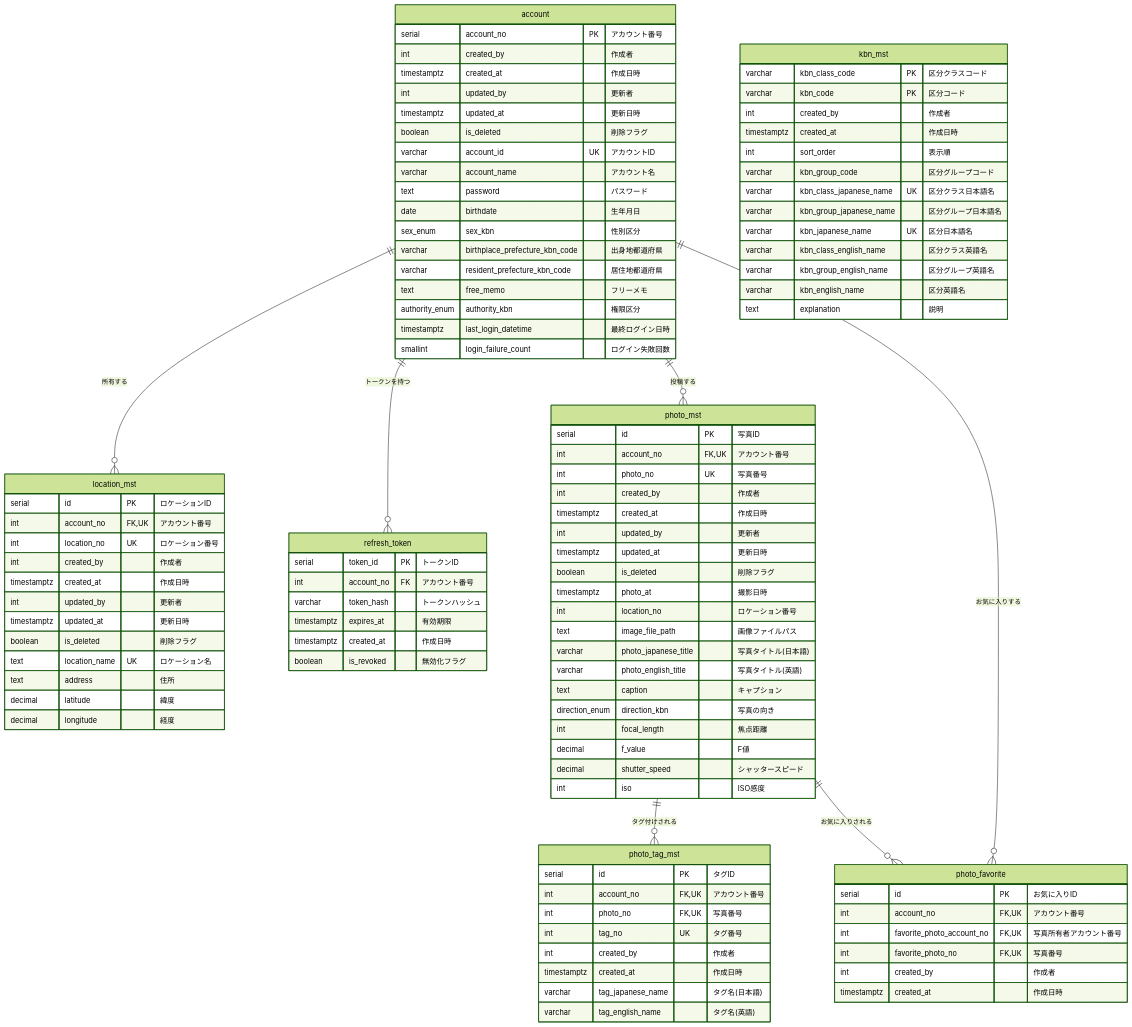
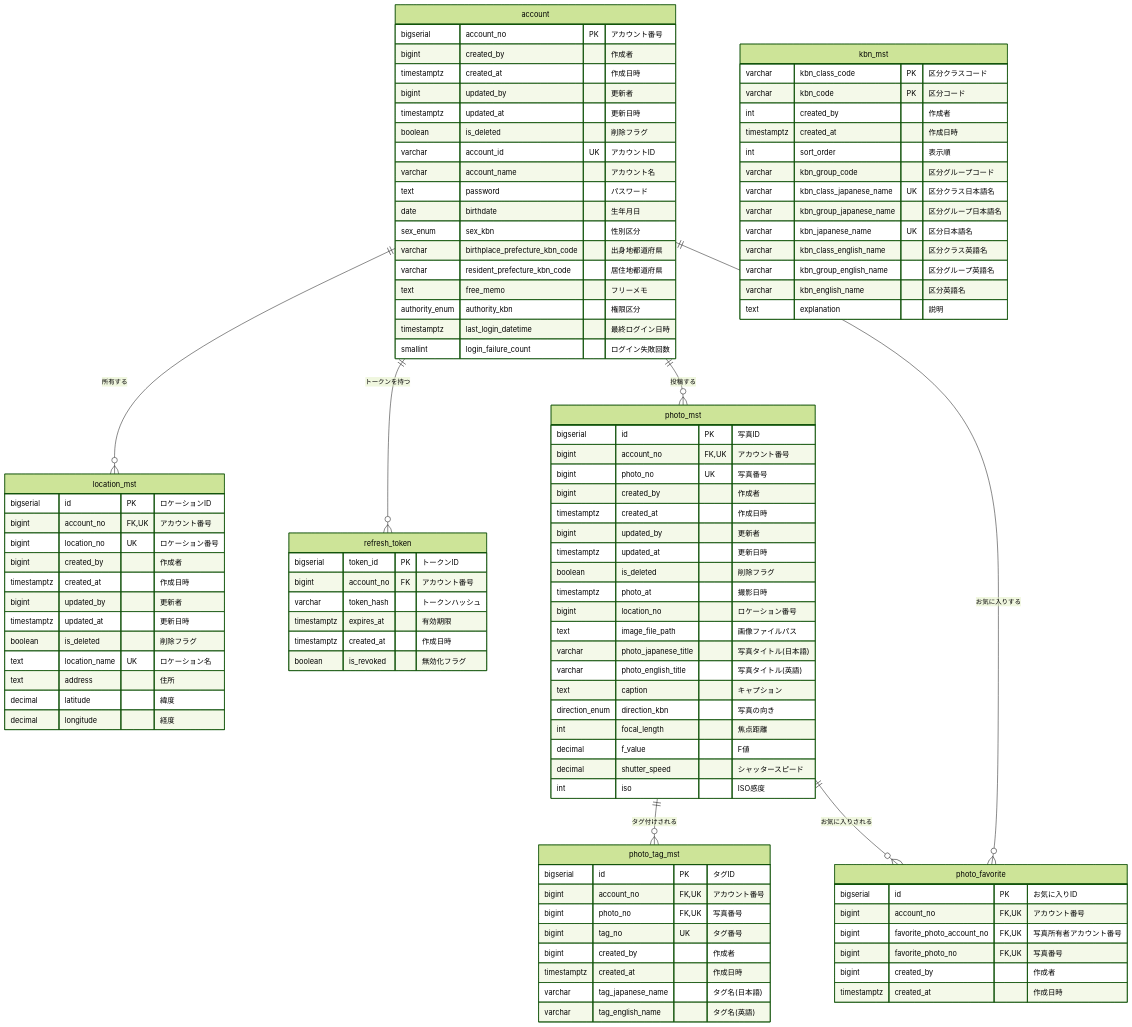
The first of 3 diagrams in doc/database/er-diagram.md (KentoKodama214/WebGallery), drawn with Mermaid (forest theme) before and after one commit. The commit also changed other lines of this file and 2 other files, not shown here.

Commit message:
データベースドキュメントのserial→bigserial、int→bigint変更を反映

```diff
--- a/doc/database/er-diagram.md
+++ b/doc/database/er-diagram.md
@@ -7,10 +7,10 @@
     %% ========== common スキーマ ==========
 
     account {
-        serial account_no PK "アカウント番号"
-        int created_by "作成者"
+        bigserial account_no PK "アカウント番号"
+        bigint created_by "作成者"
         timestamptz created_at "作成日時"
-        int updated_by "更新者"
+        bigint updated_by "更新者"
         timestamptz updated_at "更新日時"
         boolean is_deleted "削除フラグ"
         varchar account_id UK "アカウントID"
@@ -43,12 +43,12 @@
     }
 
     location_mst {
-        serial id PK "ロケーションID"
-        int account_no FK,UK "アカウント番号"
-        int location_no UK "ロケーション番号"
-        int created_by "作成者"
+        bigserial id PK "ロケーションID"
+        bigint account_no FK,UK "アカウント番号"
+        bigint location_no UK "ロケーション番号"
+        bigint created_by "作成者"
         timestamptz created_at "作成日時"
-        int updated_by "更新者"
+        bigint updated_by "更新者"
         timestamptz updated_at "更新日時"
         boolean is_deleted "削除フラグ"
         text location_name UK "ロケーション名"
@@ -58,8 +58,8 @@
     }
 
     refresh_token {
-        serial token_id PK "トークンID"
-        int account_no FK "アカウント番号"
+        bigserial token_id PK "トークンID"
+        bigint account_no FK "アカウント番号"
         varchar token_hash "トークンハッシュ"
         timestamptz expires_at "有効期限"
         timestamptz created_at "作成日時"
@@ -69,16 +69,16 @@
     %% ========== photo スキーマ ==========
 
     photo_mst {
-        serial id PK "写真ID"
-        int account_no FK,UK "アカウント番号"
-        int photo_no UK "写真番号"
-        int created_by "作成者"
+        bigserial id PK "写真ID"
+        bigint account_no FK,UK "アカウント番号"
+        bigint photo_no UK "写真番号"
+        bigint created_by "作成者"
         timestamptz created_at "作成日時"
-        int updated_by "更新者"
+        bigint updated_by "更新者"
         timestamptz updated_at "更新日時"
         boolean is_deleted "削除フラグ"
         timestamptz photo_at "撮影日時"
-        int location_no "ロケーション番号"
+        bigint location_no "ロケーション番号"
         text image_file_path "画像ファイルパス"
         varchar photo_japanese_title "写真タイトル(日本語)"
         varchar photo_english_title "写真タイトル(英語)"
@@ -91,22 +91,22 @@
     }
 
     photo_tag_mst {
-        serial id PK "タグID"
-        int account_no FK,UK "アカウント番号"
-        int photo_no FK,UK "写真番号"
-        int tag_no UK "タグ番号"
-        int created_by "作成者"
+        bigserial id PK "タグID"
+        bigint account_no FK,UK "アカウント番号"
+        bigint photo_no FK,UK "写真番号"
+        bigint tag_no UK "タグ番号"
+        bigint created_by "作成者"
         timestamptz created_at "作成日時"
         varchar tag_japanese_name "タグ名(日本語)"
         varchar tag_english_name "タグ名(英語)"
     }
 
     photo_favorite {
-        serial id PK "お気に入りID"
-        int account_no FK,UK "アカウント番号"
-        int favorite_photo_account_no FK,UK "写真所有者アカウント番号"
-        int favorite_photo_no FK,UK "写真番号"
-        int created_by "作成者"
+        bigserial id PK "お気に入りID"
+        bigint account_no FK,UK "アカウント番号"
+        bigint favorite_photo_account_no FK,UK "写真所有者アカウント番号"
+        bigint favorite_photo_no FK,UK "写真番号"
+        bigint created_by "作成者"
         timestamptz created_at "作成日時"
     }
 
```
